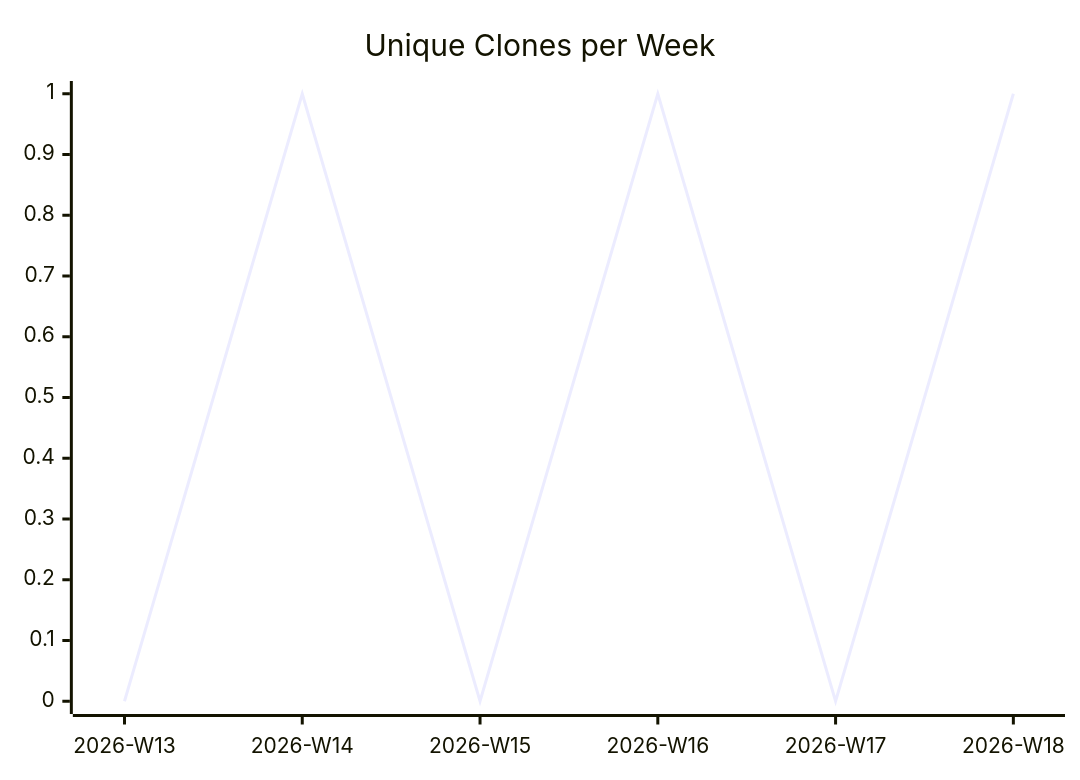
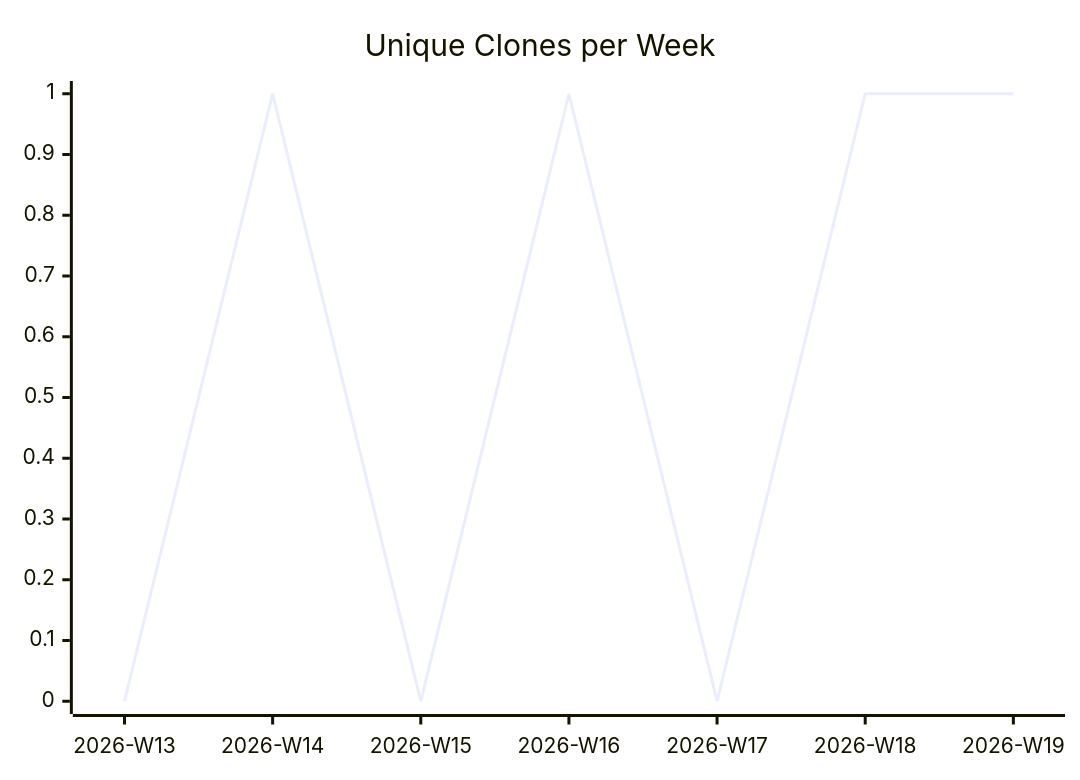
The third of 3 diagrams in karlmdavis/ansible-role-ldap/README.md (justdavis-family/github-analytics-data), drawn with Mermaid before and after one commit. The commit also changed other lines of this file and 187 other files, not shown here.

````diff
--- a/karlmdavis/ansible-role-ldap/README.md
+++ b/karlmdavis/ansible-role-ldap/README.md
@@ -19,6 +19,6 @@
 ```mermaid
 xychart-beta
   title "Unique Clones per Week"
-  x-axis ["2026-W13", "2026-W14", "2026-W15", "2026-W16", "2026-W17", "2026-W18"]
-  line [0, 1, 0, 1, 0, 1]
+  x-axis ["2026-W13", "2026-W14", "2026-W15", "2026-W16", "2026-W17", "2026-W18", "2026-W19"]
+  line [0, 1, 0, 1, 0, 1, 1]
 ```
````
